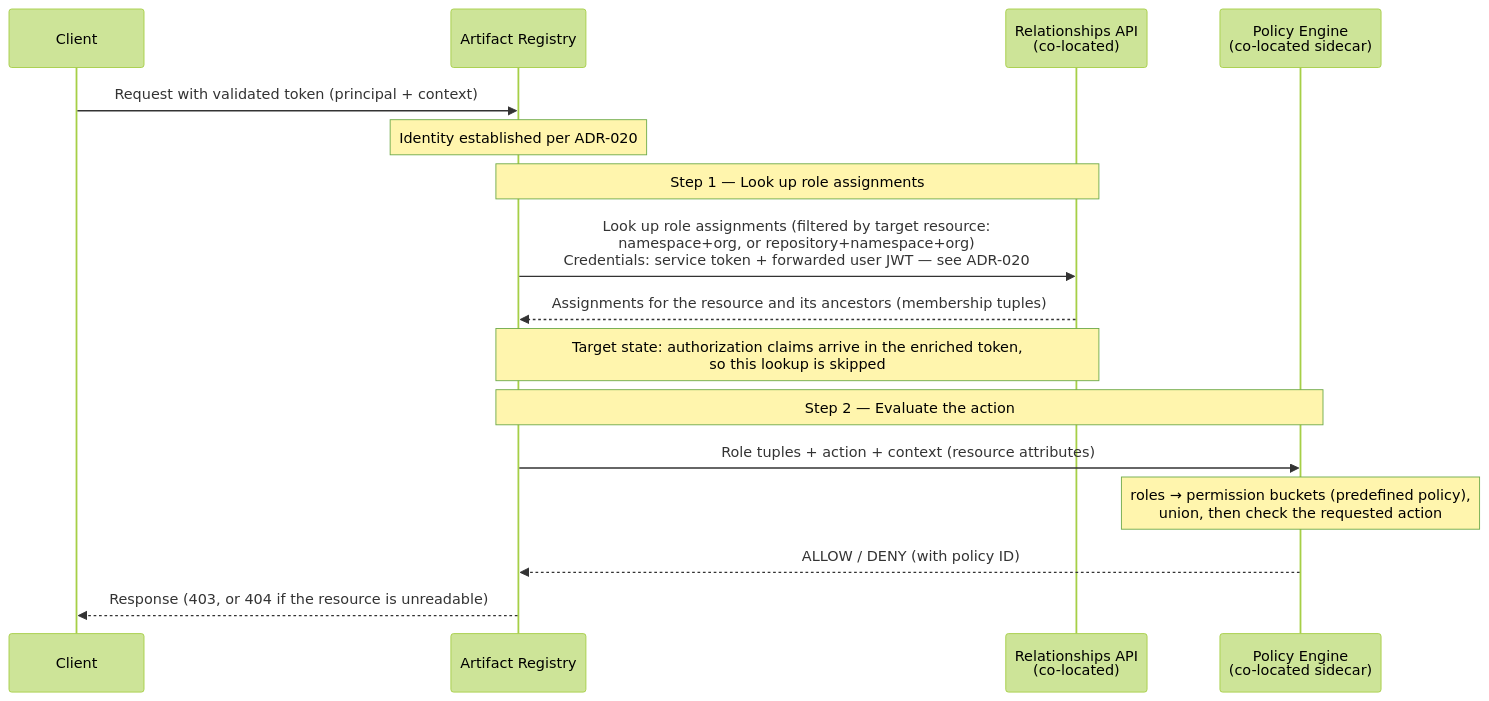
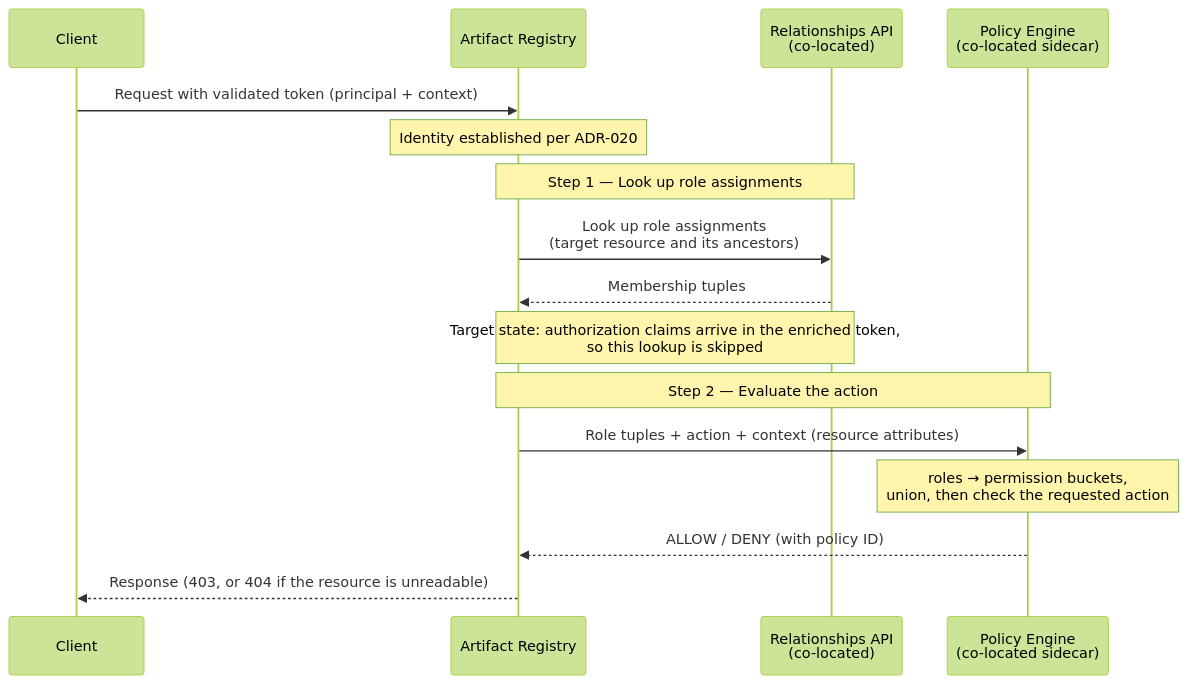
One commit to kyama0/gitlab-handbook-ja changed the diagram in content/handbook/engineering/architecture/design-documents/artifact_registry/decisions/021_authorization.md. Above: the diagram before and after it, drawn with Mermaid (forest theme). The commit also changed other lines of this file and 30 other files, not shown here.

````diff
--- a/content/handbook/engineering/architecture/design-documents/artifact_registry/decisions/021_authorization.md
+++ b/content/handbook/engineering/architecture/design-documents/artifact_registry/decisions/021_authorization.md
@@ -211,22 +129,22 @@
 ```mermaid
 sequenceDiagram
     participant Client
     participant AR as Artifact Registry
     participant Rel as Relationships API<br/>(co-located)
     participant PE as Policy Engine<br/>(co-located sidecar)
 
     Client->>AR: Request with validated token (principal + context)
     Note over AR: Identity established per ADR-020
 
     Note over AR,Rel: Step 1 — Look up role assignments
-    AR->>Rel: Look up role assignments (filtered by target resource:<br/>namespace+org, or repository+namespace+org)<br/>Credentials: service token + forwarded user JWT — see ADR-020
-    Rel-->>AR: Assignments for the resource and its ancestors (membership tuples)
+    AR->>Rel: Look up role assignments<br/>(target resource and its ancestors)
+    Rel-->>AR: Membership tuples
     Note over AR,Rel: Target state: authorization claims arrive in the enriched token,<br/>so this lookup is skipped
 
     Note over AR,PE: Step 2 — Evaluate the action
     AR->>PE: Role tuples + action + context (resource attributes)
-    Note over PE: roles → permission buckets (predefined policy),<br/>union, then check the requested action
+    Note over PE: roles → permission buckets,<br/>union, then check the requested action
     PE-->>AR: ALLOW / DENY (with policy ID)
 
     AR-->>Client: Response (403, or 404 if the resource is unreadable)
 ```
````
